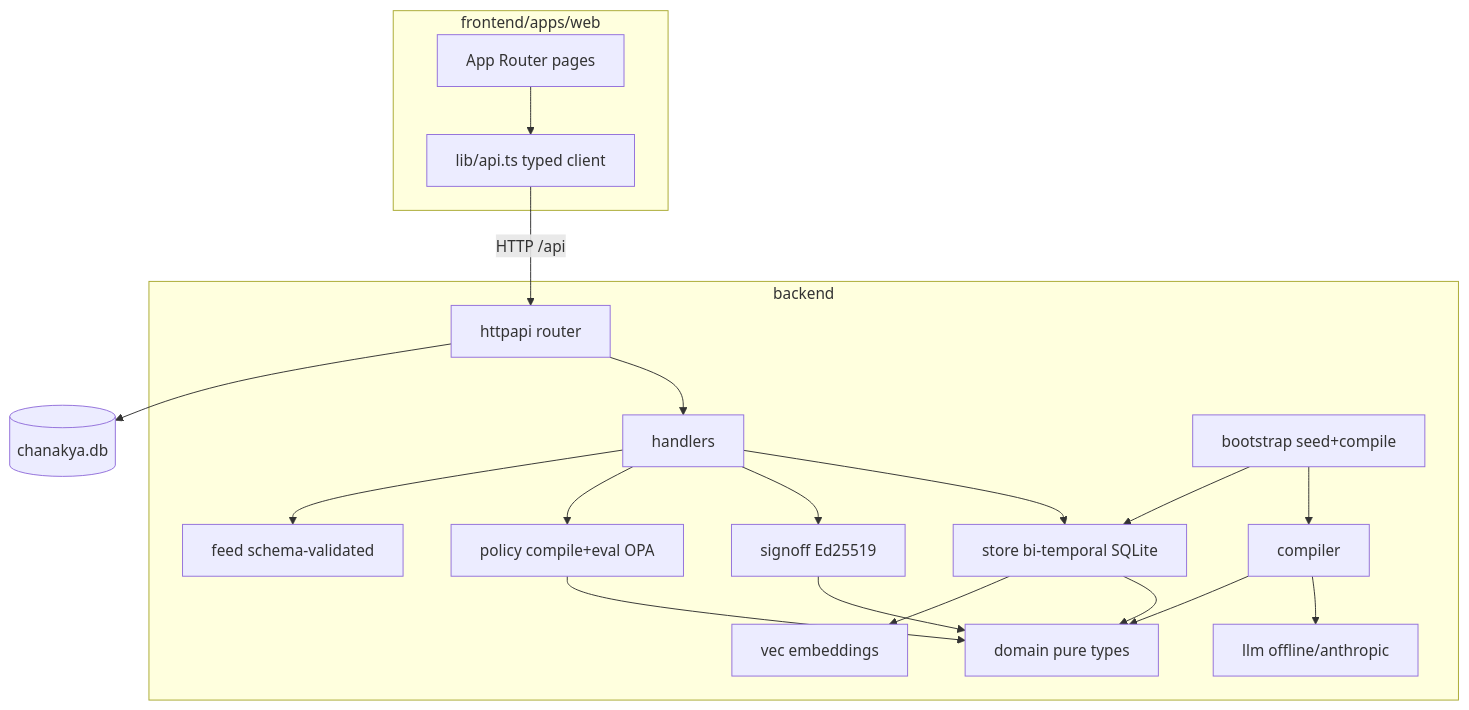
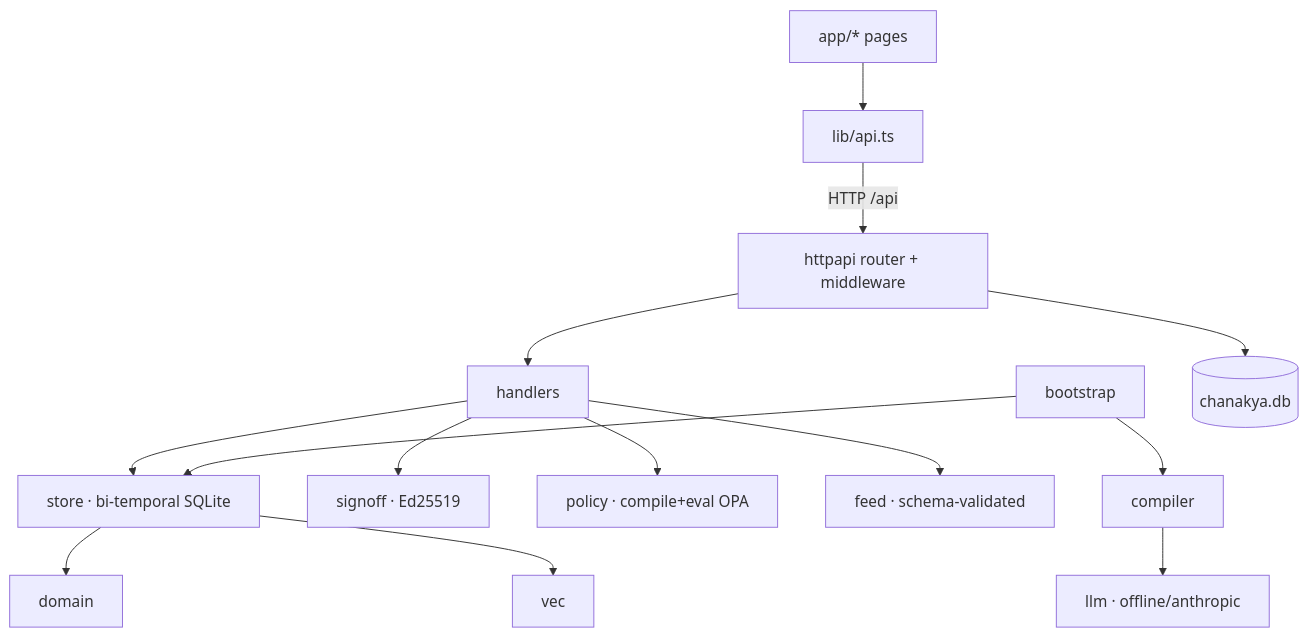
Before and after one commit to mridulbansal4/Chanakya: the diagram in audit/AUDIT-REPORT.md, drawn with Mermaid. The commit also changed other lines of this file and 5 other files, not shown here.

````diff
--- a/audit/AUDIT-REPORT.md
+++ b/audit/AUDIT-REPORT.md
@@ -40,23 +34,16 @@
 ```mermaid
 graph TD
-  subgraph Frontend [frontend/apps/web]
-    UI[App Router pages] --> APIC[lib/api.ts typed client]
-  end
-  APIC -->|HTTP /api| R[httpapi router]
-  subgraph Backend [backend]
-    R --> H[handlers]
-    H --> ST[store bi-temporal SQLite]
-    H --> SG[signoff Ed25519]
-    H --> PO[policy compile+eval OPA]
-    H --> FD[feed schema-validated]
-    ST --> DOM[domain pure types]
-    CMP[compiler] --> LLM[llm offline/anthropic]
-    CMP --> DOM
-    BOOT[bootstrap seed+compile] --> CMP
-    BOOT --> ST
-    PO --> DOM
-    SG --> DOM
-    ST --> VEC[vec embeddings]
-  end
+  UI[app/* pages] --> APIC[lib/api.ts]
+  APIC -->|HTTP /api| R[httpapi router + middleware]
+  R --> H[handlers]
+  H --> ST[store · bi-temporal SQLite]
+  H --> SG[signoff · Ed25519]
+  H --> PO[policy · compile+eval OPA]
+  H --> FD[feed · schema-validated]
+  CMP[compiler] --> LLM[llm · offline/anthropic]
+  BOOT[bootstrap] --> CMP
+  BOOT --> ST
+  ST --> DOM[domain]
+  ST --> VEC[vec]
   R --> DB[(chanakya.db)]
 ```
````
